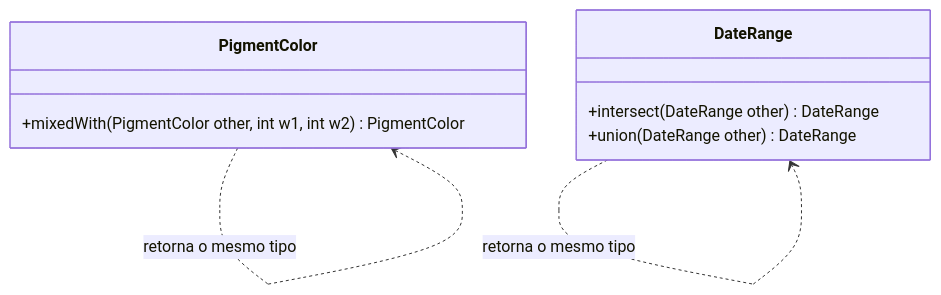
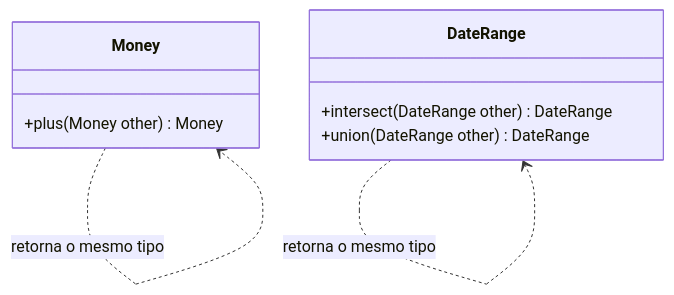
Before and after one commit to alancesar/design-patterns: the diagram in docs/design/ddd/supple-design/closure-of-operations.md, drawn with Mermaid. The commit also changed other lines of this file and 67 other files, not shown here.

First line of the commit message:
Switch DDD examples and diagrams to fintech scenarios

````diff
--- a/docs/design/ddd/supple-design/closure-of-operations.md
+++ b/docs/design/ddd/supple-design/closure-of-operations.md
@@ -54,12 +54,12 @@
 ```mermaid
 classDiagram
-    class PigmentColor {
-        +mixedWith(PigmentColor other, int w1, int w2) PigmentColor
+    class Money {
+        +plus(Money other) Money
     }
     class DateRange {
         +intersect(DateRange other) DateRange
         +union(DateRange other) DateRange
     }
-    PigmentColor ..> PigmentColor : retorna o mesmo tipo
+    Money ..> Money : retorna o mesmo tipo
     DateRange ..> DateRange : retorna o mesmo tipo
 ```
````
